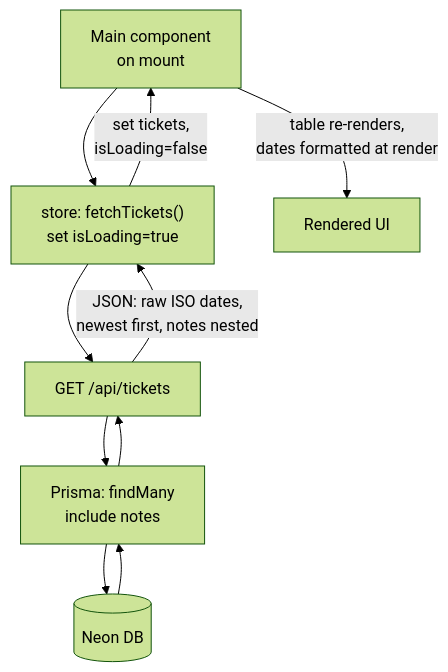
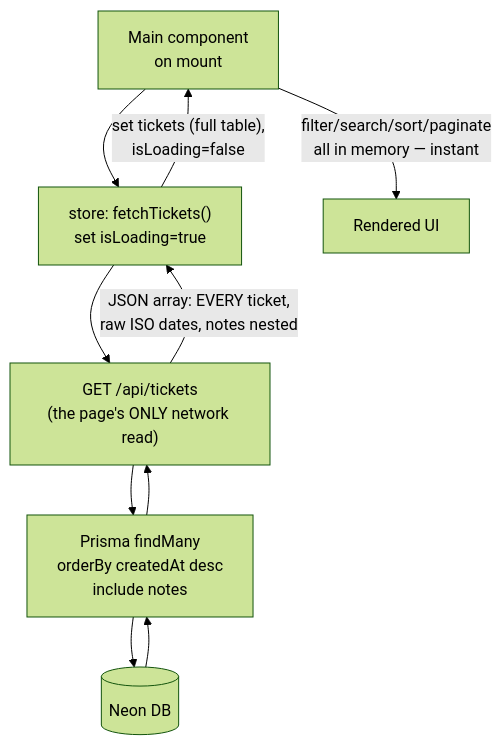
One commit to greyart93/getic changed the second of 9 diagrams in ARCHITECTURE.md. Above: the diagram before and after it, drawn with Mermaid (forest theme). The commit also changed other lines of this file and 106 other files, not shown here.

````diff
--- a/ARCHITECTURE.md
+++ b/ARCHITECTURE.md
@@ -72,11 +82,11 @@
 ```mermaid
 flowchart TD
     M["Main component<br/>on mount"] --> S["store: fetchTickets()<br/>set isLoading=true"]
-    S --> A["GET /api/tickets"]
-    A --> P["Prisma: findMany<br/>include notes"]
+    S --> A["GET /api/tickets<br/>(the page's ONLY network read)"]
+    A --> P["Prisma findMany<br/>orderBy createdAt desc<br/>include notes"]
     P --> DB[("Neon DB")]
     DB --> P --> A
-    A -- "JSON: raw ISO dates,<br/>newest first, notes nested" --> S
-    S -- "set tickets,<br/>isLoading=false" --> M
-    M -- "table re-renders,<br/>dates formatted at render" --> DONE["Rendered UI"]
+    A -- "JSON array: EVERY ticket,<br/>raw ISO dates, notes nested" --> S
+    S -- "set tickets (full table),<br/>isLoading=false" --> M
+    M -- "filter/search/sort/paginate<br/>all in memory — instant" --> DONE["Rendered UI"]
 ```
````
